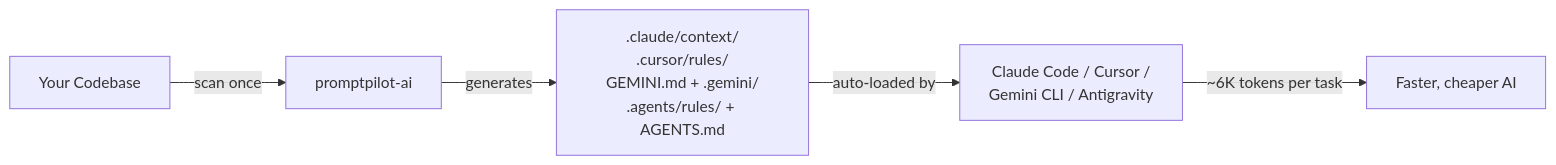
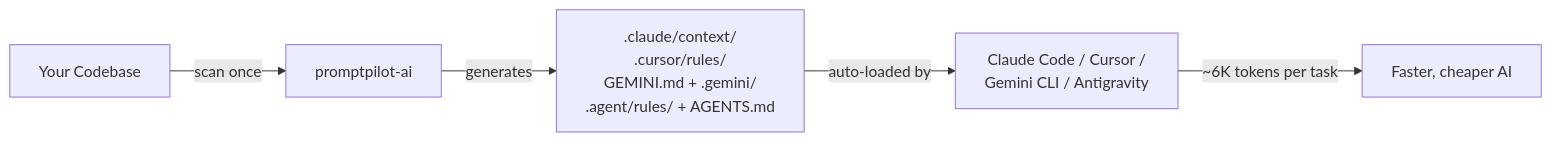
The diagram in README.md (amit-2011/claudex), drawn with Mermaid before and after one commit. The commit also changed other lines of this file and 10 other files, not shown here.

First line of the commit message:
fix(cli): v0.10.2 — Antigravity reads `.agent/` (singular), migrate legacy `.agents/`

````diff
--- a/README.md
+++ b/README.md
@@ -61,7 +61,7 @@
 ```mermaid
 flowchart LR
     A[Your Codebase] -->|scan once| B[promptpilot-ai]
-    B -->|generates| C[.claude/context/<br/>.cursor/rules/<br/>GEMINI.md + .gemini/<br/>.agents/rules/ + AGENTS.md]
+    B -->|generates| C[.claude/context/<br/>.cursor/rules/<br/>GEMINI.md + .gemini/<br/>.agent/rules/ + AGENTS.md]
     C -->|auto-loaded by| D[Claude Code / Cursor /<br/>Gemini CLI / Antigravity]
     D -->|~6K tokens per task| E[Faster, cheaper AI]
 ```
````
